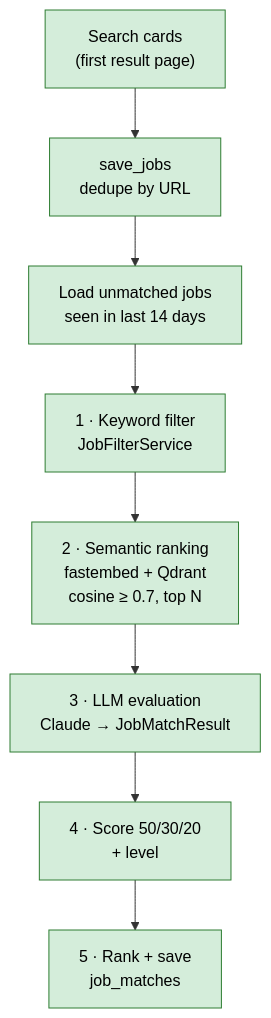
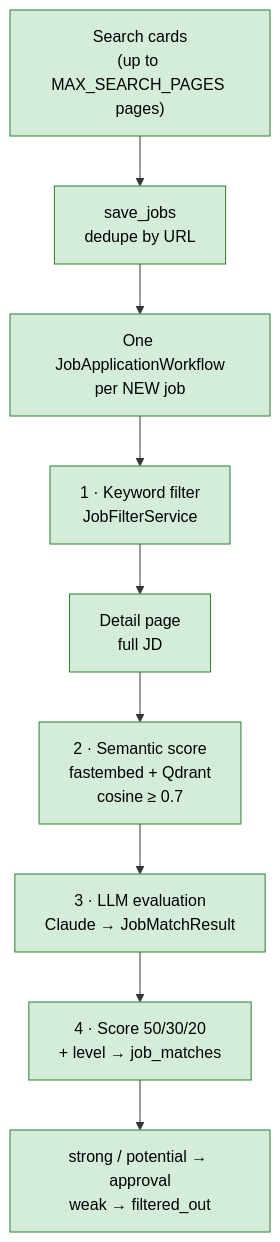
One commit to dhiraj849/Job_assistent changed the diagram in docs/07-matching-and-retrieval.md. Above: the diagram before and after it, drawn with Mermaid. The commit also changed other lines of this file and 19 other files, not shown here.

````diff
--- a/docs/07-matching-and-retrieval.md
+++ b/docs/07-matching-and-retrieval.md
@@ -6,13 +6,14 @@
 ```mermaid
 flowchart TB
-    A["Search cards<br/>(first result page)"] --> B["save_jobs<br/>dedupe by URL"]
-    B --> C["Load unmatched jobs<br/>seen in last 14 days"]
+    A["Search cards<br/>(up to MAX_SEARCH_PAGES pages)"] --> B["save_jobs<br/>dedupe by URL"]
+    B --> C["One JobApplicationWorkflow<br/>per NEW job"]
     C --> D["1 · Keyword filter<br/>JobFilterService"]
-    D --> E["2 · Semantic ranking<br/>fastembed + Qdrant<br/>cosine ≥ 0.7, top N"]
+    D --> DD["Detail page<br/>full JD"]
+    DD --> E["2 · Semantic score<br/>fastembed + Qdrant<br/>cosine ≥ 0.7"]
     E --> F["3 · LLM evaluation<br/>Claude → JobMatchResult"]
-    F --> G["4 · Score 50/30/20<br/>+ level"]
-    G --> H["5 · Rank + save<br/>job_matches"]
+    F --> G["4 · Score 50/30/20<br/>+ level → job_matches"]
+    G --> H["strong / potential → approval<br/>weak → filtered_out"]
 
     classDef built fill:#d4edda,stroke:#2e7d32,color:#000
-    class A,B,C,D,E,F,G,H built
+    class A,B,C,D,DD,E,F,G,H built
 ```
````
